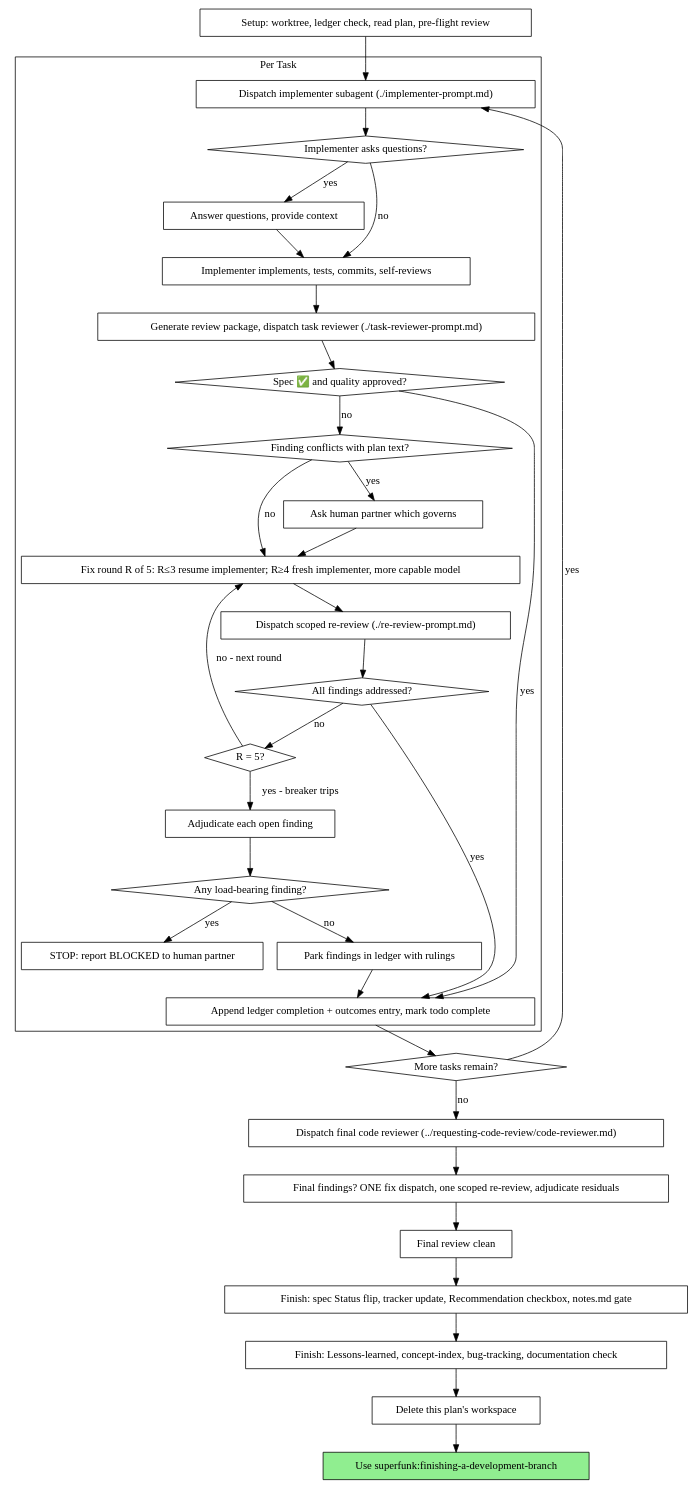
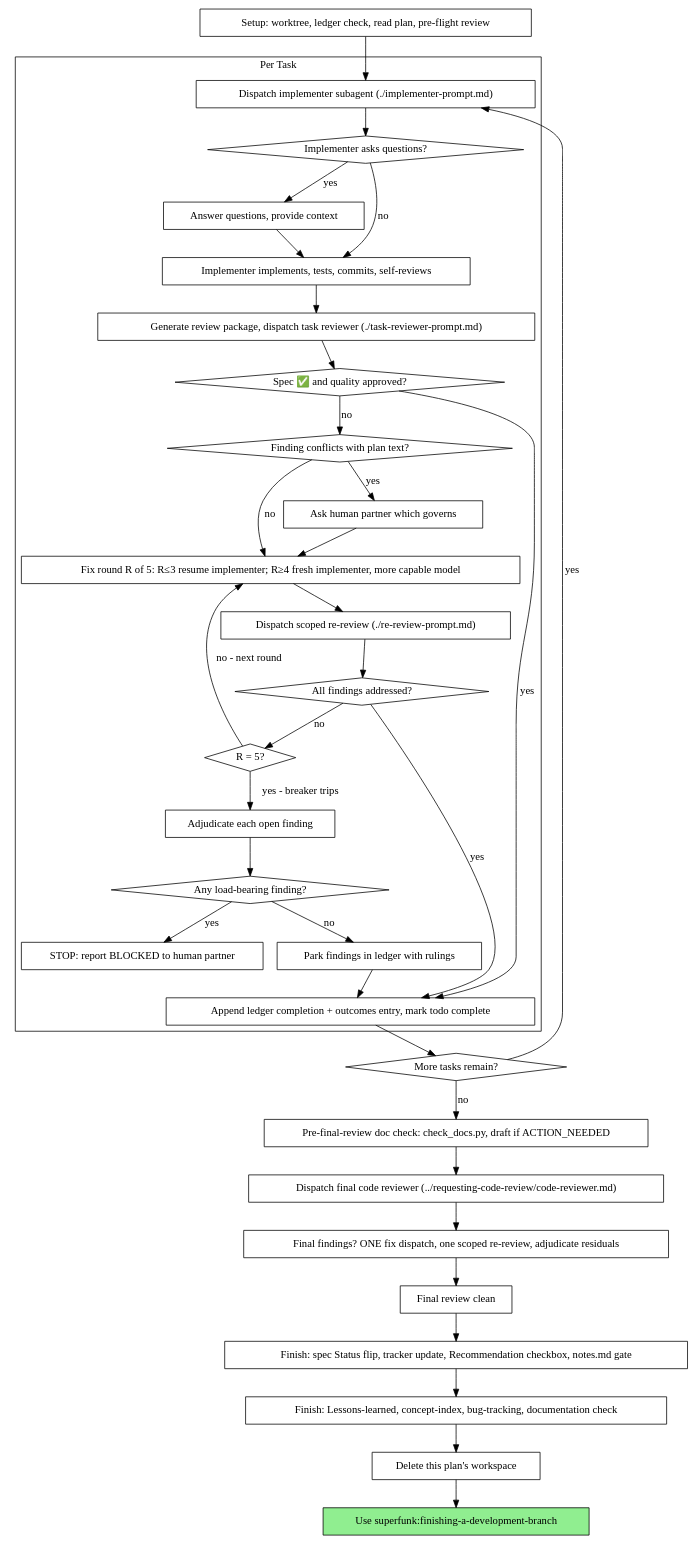
Before and after one commit to mattbran87/superfunk: the second of 2 diagrams in plugin/skills/subagent-driven-development/SKILL.md, drawn with Graphviz. The commit also changed other lines of this file, not shown here.

Commit message:
fix(skills): move documentation check from Finish to a pre-final-review backstop in subagent-driven-development

````diff
--- a/plugin/skills/subagent-driven-development/SKILL.md
+++ b/plugin/skills/subagent-driven-development/SKILL.md
@@ -47,68 +47,70 @@
 ```dot
 digraph process {
     rankdir=TB;
 
     subgraph cluster_per_task {
         label="Per Task";
         "Dispatch implementer subagent (./implementer-prompt.md)" [shape=box];
         "Implementer asks questions?" [shape=diamond];
         "Answer questions, provide context" [shape=box];
         "Implementer implements, tests, commits, self-reviews" [shape=box];
         "Generate review package, dispatch task reviewer (./task-reviewer-prompt.md)" [shape=box];
         "Spec ✅ and quality approved?" [shape=diamond];
         "Finding conflicts with plan text?" [shape=diamond];
         "Ask human partner which governs" [shape=box];
         "Fix round R of 5: R≤3 resume implementer; R≥4 fresh implementer, more capable model" [shape=box];
         "Dispatch scoped re-review (./re-review-prompt.md)" [shape=box];
         "All findings addressed?" [shape=diamond];
         "R = 5?" [shape=diamond];
         "Adjudicate each open finding" [shape=box];
         "Any load-bearing finding?" [shape=diamond];
         "STOP: report BLOCKED to human partner" [shape=box];
         "Park findings in ledger with rulings" [shape=box];
         "Append ledger completion + outcomes entry, mark todo complete" [shape=box];
     }
 
     "Setup: worktree, ledger check, read plan, pre-flight review" [shape=box];
     "More tasks remain?" [shape=diamond];
+    "Pre-final-review doc check: check_docs.py, draft if ACTION_NEEDED" [shape=box];
     "Dispatch final code reviewer (../requesting-code-review/code-reviewer.md)" [shape=box];
     "Final findings? ONE fix dispatch, one scoped re-review, adjudicate residuals" [shape=box];
     "Final review clean" [shape=box];
     "Finish: spec Status flip, tracker update, Recommendation checkbox, notes.md gate" [shape=box];
     "Finish: Lessons-learned, concept-index, bug-tracking, documentation check" [shape=box];
     "Delete this plan's workspace" [shape=box];
     "Use superfunk:finishing-a-development-branch" [shape=box style=filled fillcolor=lightgreen];
 
     "Setup: worktree, ledger check, read plan, pre-flight review" -> "Dispatch implementer subagent (./implementer-prompt.md)";
     "Dispatch implementer subagent (./implementer-prompt.md)" -> "Implementer asks questions?";
     "Implementer asks questions?" -> "Answer questions, provide context" [label="yes"];
     "Answer questions, provide context" -> "Implementer implements, tests, commits, self-reviews";
     "Implementer asks questions?" -> "Implementer implements, tests, commits, self-reviews" [label="no"];
     "Implementer implements, tests, commits, self-reviews" -> "Generate review package, dispatch task reviewer (./task-reviewer-prompt.md)";
     "Generate review package, dispatch task reviewer (./task-reviewer-prompt.md)" -> "Spec ✅ and quality approved?";
     "Spec ✅ and quality approved?" -> "Append ledger completion + outcomes entry, mark todo complete" [label="yes"];
     "Spec ✅ and quality approved?" -> "Finding conflicts with plan text?" [label="no"];
     "Finding conflicts with plan text?" -> "Ask human partner which governs" [label="yes"];
     "Ask human partner which governs" -> "Fix round R of 5: R≤3 resume implementer; R≥4 fresh implementer, more capable model";
     "Finding conflicts with plan text?" -> "Fix round R of 5: R≤3 resume implementer; R≥4 fresh implementer, more capable model" [label="no"];
     "Fix round R of 5: R≤3 resume implementer; R≥4 fresh implementer, more capable model" -> "Dispatch scoped re-review (./re-review-prompt.md)";
     "Dispatch scoped re-review (./re-review-prompt.md)" -> "All findings addressed?";
     "All findings addressed?" -> "Append ledger completion + outcomes entry, mark todo complete" [label="yes"];
     "All findings addressed?" -> "R = 5?" [label="no"];
     "R = 5?" -> "Fix round R of 5: R≤3 resume implementer; R≥4 fresh implementer, more capable model" [label="no - next round"];
     "R = 5?" -> "Adjudicate each open finding" [label="yes - breaker trips"];
     "Adjudicate each open finding" -> "Any load-bearing finding?";
     "Any load-bearing finding?" -> "STOP: report BLOCKED to human partner" [label="yes"];
     "Any load-bearing finding?" -> "Park findings in ledger with rulings" [label="no"];
     "Park findings in ledger with rulings" -> "Append ledger completion + outcomes entry, mark todo complete";
     "Append ledger completion + outcomes entry, mark todo complete" -> "More tasks remain?";
     "More tasks remain?" -> "Dispatch implementer subagent (./implementer-prompt.md)" [label="yes"];
-    "More tasks remain?" -> "Dispatch final code reviewer (../requesting-code-review/code-reviewer.md)" [label="no"];
+    "More tasks remain?" -> "Pre-final-review doc check: check_docs.py, draft if ACTION_NEEDED" [label="no"];
+    "Pre-final-review doc check: check_docs.py, draft if ACTION_NEEDED" -> "Dispatch final code reviewer (../requesting-code-review/code-reviewer.md)";
     "Dispatch final code reviewer (../requesting-code-review/code-reviewer.md)" -> "Final findings? ONE fix dispatch, one scoped re-review, adjudicate residuals";
     "Final findings? ONE fix dispatch, one scoped re-review, adjudicate residuals" -> "Final review clean";
     "Final review clean" -> "Finish: spec Status flip, tracker update, Recommendation checkbox, notes.md gate";
     "Finish: spec Status flip, tracker update, Recommendation checkbox, notes.md gate" -> "Finish: Lessons-learned, concept-index, bug-tracking, documentation check";
     "Finish: Lessons-learned, concept-index, bug-tracking, documentation check" -> "Delete this plan's workspace";
     "Delete this plan's workspace" -> "Use superfunk:finishing-a-development-branch";
 }
 ```
````
